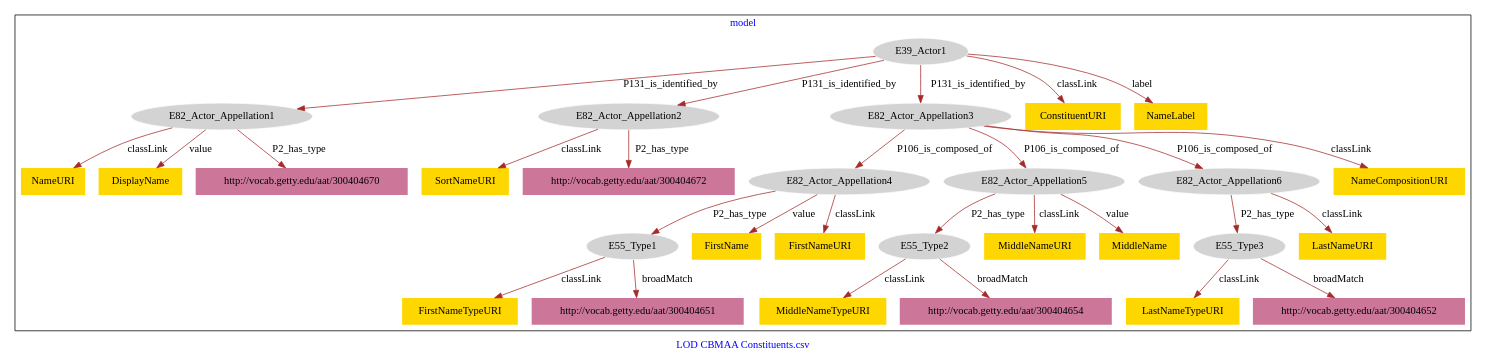
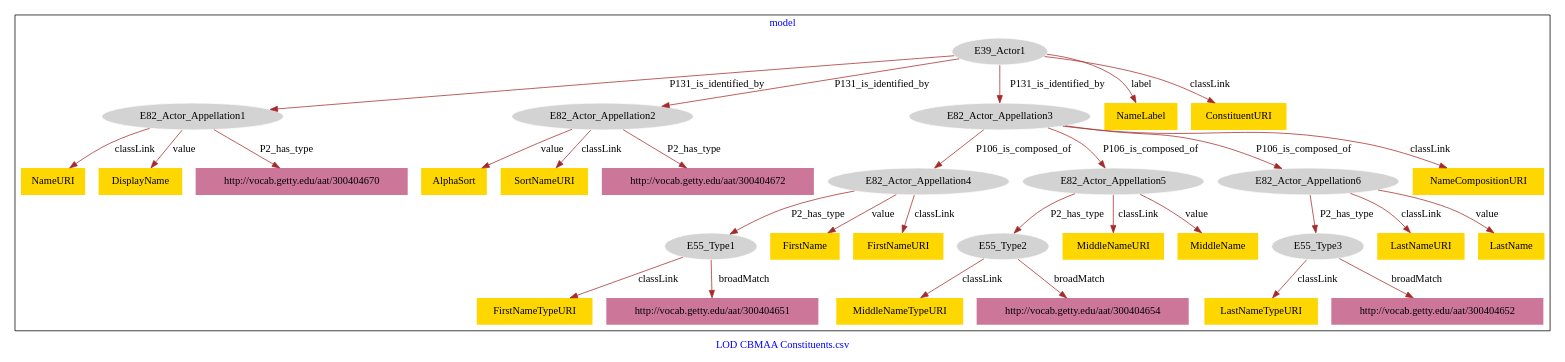
One commit to american-art/cbm changed the diagram in CBMAA_Constituents/CBMAA_Constituents-model.dot. Above: the diagram before and after it, drawn with Graphviz.

Commit message:
Update file CBMAA_Constituents-model.dot

```diff
--- a/CBMAA_Constituents/CBMAA_Constituents-model.dot
+++ b/CBMAA_Constituents/CBMAA_Constituents-model.dot
@@ -1,65 +1,69 @@
 digraph n0 {
 fontcolor="blue"
 remincross="true"
 label="LOD CBMAA Constituents.csv"
 subgraph cluster {
 label="model"
 n2[style="filled",color="white",fillcolor="lightgray",label="E39_Actor1"];
 n3[style="filled",color="white",fillcolor="lightgray",label="E82_Actor_Appellation1"];
 n4[style="filled",color="white",fillcolor="lightgray",label="E82_Actor_Appellation2"];
 n5[style="filled",color="white",fillcolor="lightgray",label="E82_Actor_Appellation3"];
 n6[style="filled",color="white",fillcolor="lightgray",label="E82_Actor_Appellation4"];
 n7[style="filled",color="white",fillcolor="lightgray",label="E82_Actor_Appellation5"];
 n8[style="filled",color="white",fillcolor="lightgray",label="E82_Actor_Appellation6"];
 n9[style="filled",color="white",fillcolor="lightgray",label="E55_Type1"];
 n10[style="filled",color="white",fillcolor="lightgray",label="E55_Type2"];
 n11[style="filled",color="white",fillcolor="lightgray",label="E55_Type3"];
-n12[shape="plaintext",style="filled",fillcolor="gold",label="FirstName"];
-n13[shape="plaintext",style="filled",fillcolor="gold",label="FirstNameTypeURI"];
-n14[shape="plaintext",style="filled",fillcolor="gold",label="NameURI"];
-n15[shape="plaintext",style="filled",fillcolor="gold",label="MiddleNameURI"];
+n12[shape="plaintext",style="filled",fillcolor="gold",label="LastNameTypeURI"];
+n13[shape="plaintext",style="filled",fillcolor="gold",label="MiddleNameURI"];
+n14[shape="plaintext",style="filled",fillcolor="gold",label="FirstName"];
+n15[shape="plaintext",style="filled",fillcolor="gold",label="LastNameURI"];
 n16[shape="plaintext",style="filled",fillcolor="gold",label="MiddleName"];
-n17[shape="plaintext",style="filled",fillcolor="gold",label="NameCompositionURI"];
-n18[shape="plaintext",style="filled",fillcolor="gold",label="ConstituentURI"];
-n19[shape="plaintext",style="filled",fillcolor="gold",label="NameLabel"];
-n20[shape="plaintext",style="filled",fillcolor="gold",label="MiddleNameTypeURI"];
-n21[shape="plaintext",style="filled",fillcolor="gold",label="SortNameURI"];
-n22[shape="plaintext",style="filled",fillcolor="gold",label="DisplayName"];
-n23[shape="plaintext",style="filled",fillcolor="gold",label="LastNameTypeURI"];
-n24[shape="plaintext",style="filled",fillcolor="gold",label="FirstNameURI"];
-n25[shape="plaintext",style="filled",fillcolor="gold",label="LastNameURI"];
-n26[shape="plaintext",style="filled",fillcolor="#CC7799",label="http://vocab.getty.edu/aat/300404670"];
-n27[shape="plaintext",style="filled",fillcolor="#CC7799",label="http://vocab.getty.edu/aat/300404651"];
-n28[shape="plaintext",style="filled",fillcolor="#CC7799",label="http://vocab.getty.edu/aat/300404672"];
-n29[shape="plaintext",style="filled",fillcolor="#CC7799",label="http://vocab.getty.edu/aat/300404654"];
-n30[shape="plaintext",style="filled",fillcolor="#CC7799",label="http://vocab.getty.edu/aat/300404652"];
+n17[shape="plaintext",style="filled",fillcolor="gold",label="LastName"];
+n18[shape="plaintext",style="filled",fillcolor="gold",label="NameURI"];
+n19[shape="plaintext",style="filled",fillcolor="gold",label="NameCompositionURI"];
+n20[shape="plaintext",style="filled",fillcolor="gold",label="NameLabel"];
+n21[shape="plaintext",style="filled",fillcolor="gold",label="ConstituentURI"];
+n22[shape="plaintext",style="filled",fillcolor="gold",label="FirstNameURI"];
+n23[shape="plaintext",style="filled",fillcolor="gold",label="DisplayName"];
+n24[shape="plaintext",style="filled",fillcolor="gold",label="AlphaSort"];
+n25[shape="plaintext",style="filled",fillcolor="gold",label="MiddleNameTypeURI"];
+n26[shape="plaintext",style="filled",fillcolor="gold",label="FirstNameTypeURI"];
+n27[shape="plaintext",style="filled",fillcolor="gold",label="SortNameURI"];
+n28[shape="plaintext",style="filled",fillcolor="#CC7799",label="http://vocab.getty.edu/aat/300404670"];
+n29[shape="plaintext",style="filled",fillcolor="#CC7799",label="http://vocab.getty.edu/aat/300404651"];
+n30[shape="plaintext",style="filled",fillcolor="#CC7799",label="http://vocab.getty.edu/aat/300404672"];
+n31[shape="plaintext",style="filled",fillcolor="#CC7799",label="http://vocab.getty.edu/aat/300404654"];
+n32[shape="plaintext",style="filled",fillcolor="#CC7799",label="http://vocab.getty.edu/aat/300404652"];
 }
 n2 -> n3[color="brown",fontcolor="black",label="P131_is_identified_by"]
 n2 -> n4[color="brown",fontcolor="black",label="P131_is_identified_by"]
 n2 -> n5[color="brown",fontcolor="black",label="P131_is_identified_by"]
 n5 -> n6[color="brown",fontcolor="black",label="P106_is_composed_of"]
 n5 -> n7[color="brown",fontcolor="black",label="P106_is_composed_of"]
 n5 -> n8[color="brown",fontcolor="black",label="P106_is_composed_of"]
 n6 -> n9[color="brown",fontcolor="black",label="P2_has_type"]
 n7 -> n10[color="brown",fontcolor="black",label="P2_has_type"]
 n8 -> n11[color="brown",fontcolor="black",label="P2_has_type"]
-n6 -> n12[color="brown",fontcolor="black",label="value"]
-n9 -> n13[color="brown",fontcolor="black",label="classLink"]
-n3 -> n14[color="brown",fontcolor="black",label="classLink"]
-n7 -> n15[color="brown",fontcolor="black",label="classLink"]
+n11 -> n12[color="brown",fontcolor="black",label="classLink"]
+n7 -> n13[color="brown",fontcolor="black",label="classLink"]
+n6 -> n14[color="brown",fontcolor="black",label="value"]
+n8 -> n15[color="brown",fontcolor="black",label="classLink"]
 n7 -> n16[color="brown",fontcolor="black",label="value"]
-n5 -> n17[color="brown",fontcolor="black",label="classLink"]
-n2 -> n18[color="brown",fontcolor="black",label="classLink"]
-n2 -> n19[color="brown",fontcolor="black",label="label"]
-n10 -> n20[color="brown",fontcolor="black",label="classLink"]
-n4 -> n21[color="brown",fontcolor="black",label="classLink"]
-n3 -> n22[color="brown",fontcolor="black",label="value"]
-n11 -> n23[color="brown",fontcolor="black",label="classLink"]
-n6 -> n24[color="brown",fontcolor="black",label="classLink"]
-n8 -> n25[color="brown",fontcolor="black",label="classLink"]
-n3 -> n26[color="brown",fontcolor="black",label="P2_has_type"]
-n9 -> n27[color="brown",fontcolor="black",label="broadMatch"]
-n4 -> n28[color="brown",fontcolor="black",label="P2_has_type"]
-n10 -> n29[color="brown",fontcolor="black",label="broadMatch"]
-n11 -> n30[color="brown",fontcolor="black",label="broadMatch"]
+n8 -> n17[color="brown",fontcolor="black",label="value"]
+n3 -> n18[color="brown",fontcolor="black",label="classLink"]
+n5 -> n19[color="brown",fontcolor="black",label="classLink"]
+n2 -> n20[color="brown",fontcolor="black",label="label"]
+n2 -> n21[color="brown",fontcolor="black",label="classLink"]
+n6 -> n22[color="brown",fontcolor="black",label="classLink"]
+n3 -> n23[color="brown",fontcolor="black",label="value"]
+n4 -> n24[color="brown",fontcolor="black",label="value"]
+n10 -> n25[color="brown",fontcolor="black",label="classLink"]
+n9 -> n26[color="brown",fontcolor="black",label="classLink"]
+n4 -> n27[color="brown",fontcolor="black",label="classLink"]
+n3 -> n28[color="brown",fontcolor="black",label="P2_has_type"]
+n9 -> n29[color="brown",fontcolor="black",label="broadMatch"]
+n4 -> n30[color="brown",fontcolor="black",label="P2_has_type"]
+n10 -> n31[color="brown",fontcolor="black",label="broadMatch"]
+n11 -> n32[color="brown",fontcolor="black",label="broadMatch"]
 }
```
